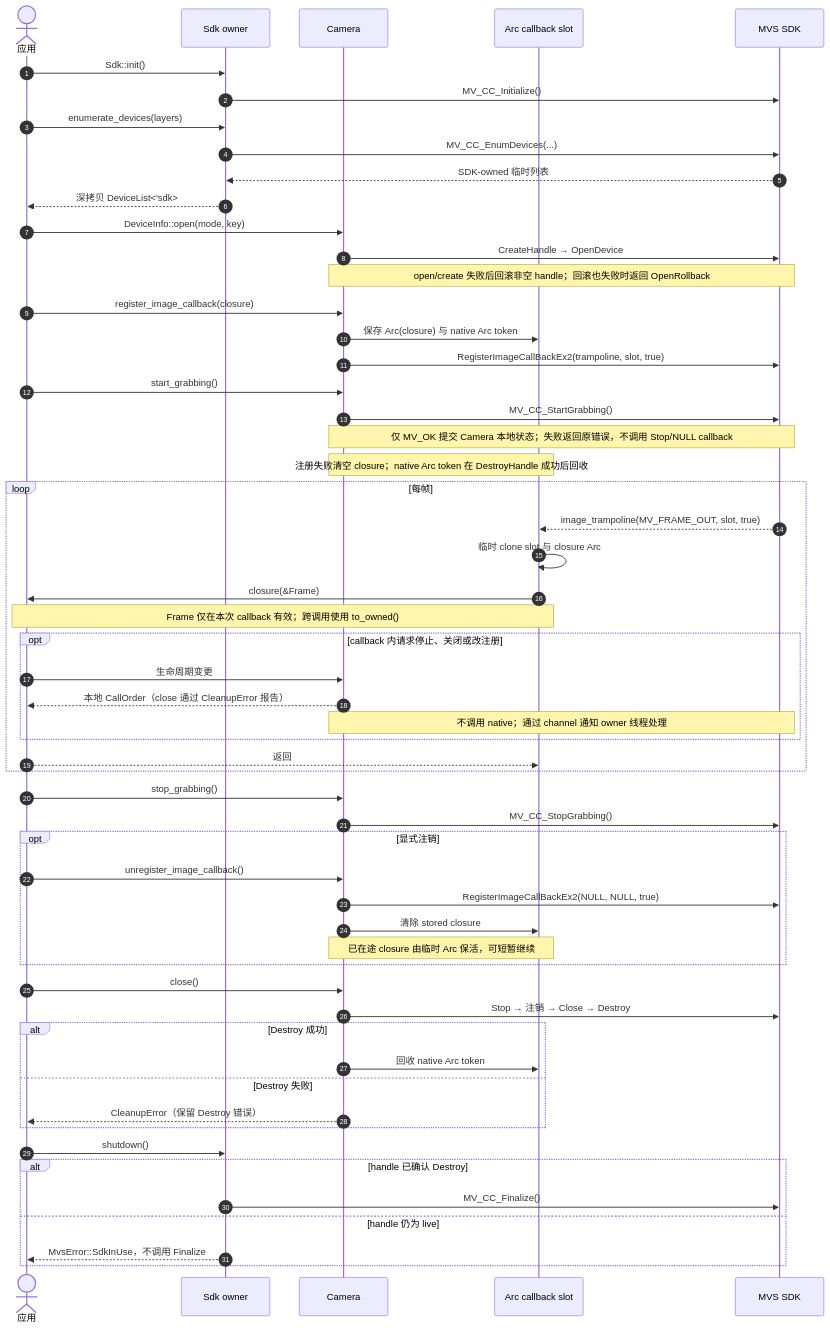
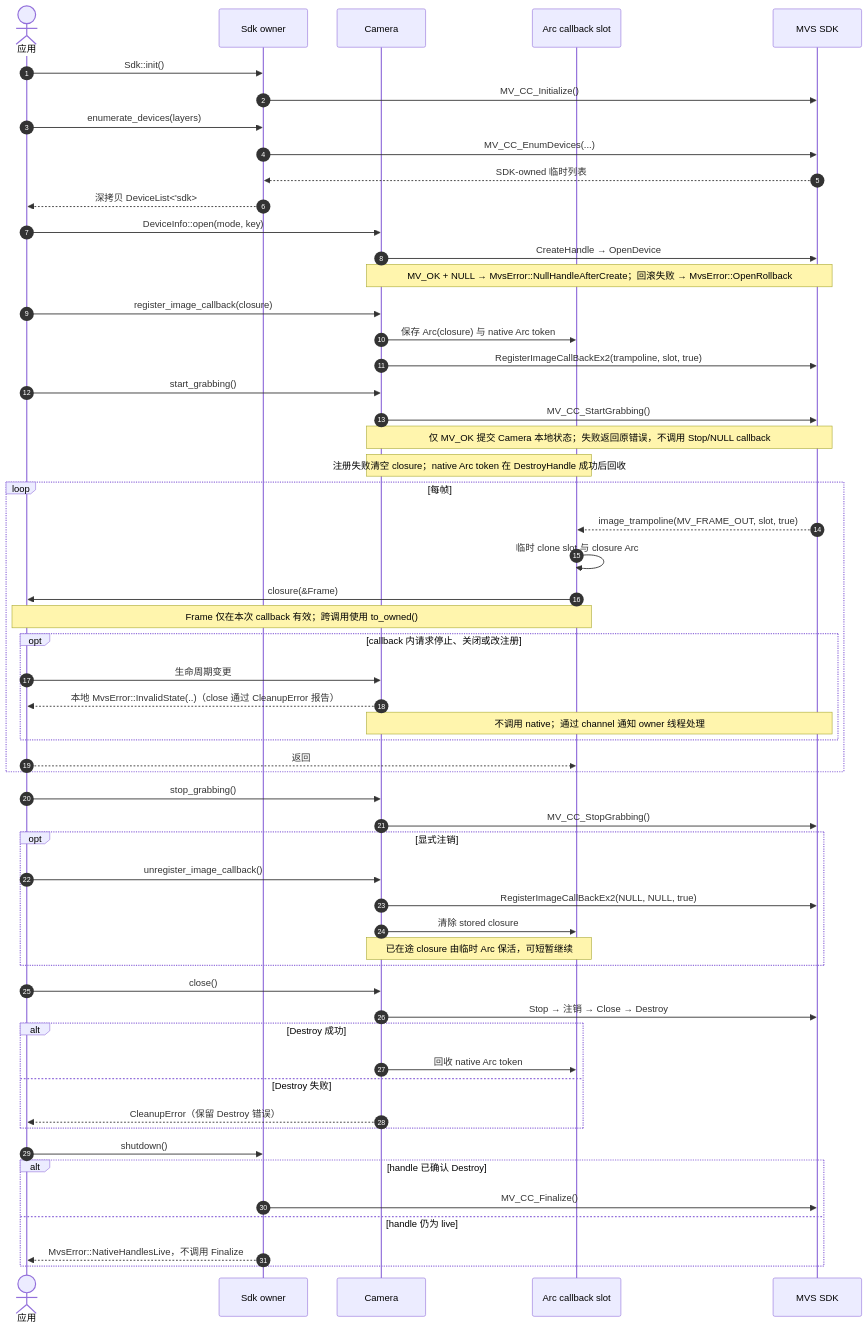
One commit to JSB-Unscarred/mvs-sdk-rs changed the diagram in 时序图/Callback取流.md. Above: the diagram before and after it, drawn with Mermaid. The commit also changed other lines of this file and 12 other files, not shown here.

````diff
--- a/时序图/Callback取流.md
+++ b/时序图/Callback取流.md
@@ -3,63 +3,63 @@
 ```mermaid
 sequenceDiagram
     autonumber
     actor App as 应用
     participant Sdk as Sdk owner
     participant Camera as Camera
     participant Slot as Arc callback slot
     participant Native as MVS SDK
 
     App->>Sdk: Sdk::init()
     Sdk->>Native: MV_CC_Initialize()
     App->>Sdk: enumerate_devices(layers)
     Sdk->>Native: MV_CC_EnumDevices(...)
     Native-->>Sdk: SDK-owned 临时列表
     Sdk-->>App: 深拷贝 DeviceList<'sdk>
 
     App->>Camera: DeviceInfo::open(mode, key)
     Camera->>Native: CreateHandle → OpenDevice
-    Note over Camera,Native: open/create 失败后回滚非空 handle；回滚也失败时返回 OpenRollback
+    Note over Camera,Native: MV_OK + NULL → MvsError::NullHandleAfterCreate；回滚失败 → MvsError::OpenRollback
     App->>Camera: register_image_callback(closure)
     Camera->>Slot: 保存 Arc(closure) 与 native Arc token
     Camera->>Native: RegisterImageCallBackEx2(trampoline, slot, true)
     App->>Camera: start_grabbing()
     Camera->>Native: MV_CC_StartGrabbing()
     Note over Camera,Native: 仅 MV_OK 提交 Camera 本地状态；失败返回原错误，不调用 Stop/NULL callback
     Note over Camera,Slot: 注册失败清空 closure；native Arc token 在 DestroyHandle 成功后回收
 
     loop 每帧
         Native-->>Slot: image_trampoline(MV_FRAME_OUT, slot, true)
         Slot->>Slot: 临时 clone slot 与 closure Arc
         Slot->>App: closure(&Frame)
         Note over Slot,App: Frame 仅在本次 callback 有效；跨调用使用 to_owned()
         opt callback 内请求停止、关闭或改注册
             App->>Camera: 生命周期变更
-            Camera-->>App: 本地 CallOrder（close 通过 CleanupError 报告）
+            Camera-->>App: 本地 MvsError::InvalidState(..)（close 通过 CleanupError 报告）
             Note over Camera,Native: 不调用 native；通过 channel 通知 owner 线程处理
         end
         App-->>Slot: 返回
     end
 
     App->>Camera: stop_grabbing()
     Camera->>Native: MV_CC_StopGrabbing()
     opt 显式注销
         App->>Camera: unregister_image_callback()
         Camera->>Native: RegisterImageCallBackEx2(NULL, NULL, true)
         Camera->>Slot: 清除 stored closure
         Note over Camera,Slot: 已在途 closure 由临时 Arc 保活，可短暂继续
     end
 
     App->>Camera: close()
     Camera->>Native: Stop → 注销 → Close → Destroy
     alt Destroy 成功
         Camera->>Slot: 回收 native Arc token
     else Destroy 失败
         Camera-->>App: CleanupError（保留 Destroy 错误）
     end
     App->>Sdk: shutdown()
     alt handle 已确认 Destroy
         Sdk->>Native: MV_CC_Finalize()
     else handle 仍为 live
-        Sdk-->>App: MvsError::SdkInUse，不调用 Finalize
+        Sdk-->>App: MvsError::NativeHandlesLive，不调用 Finalize
     end
 ```
````
